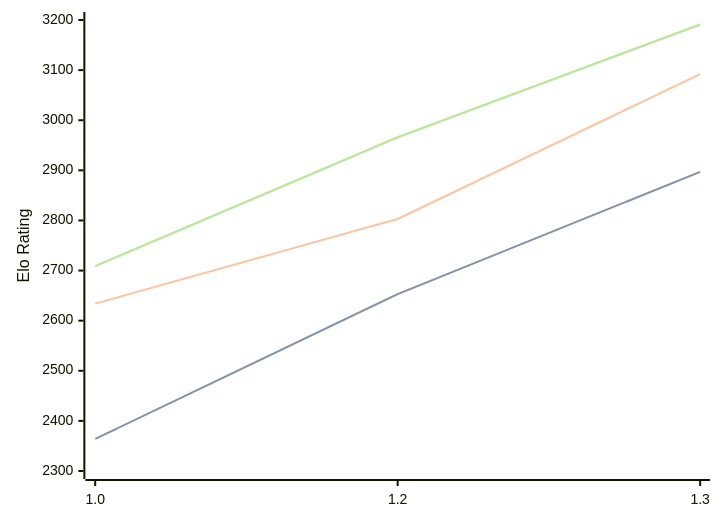
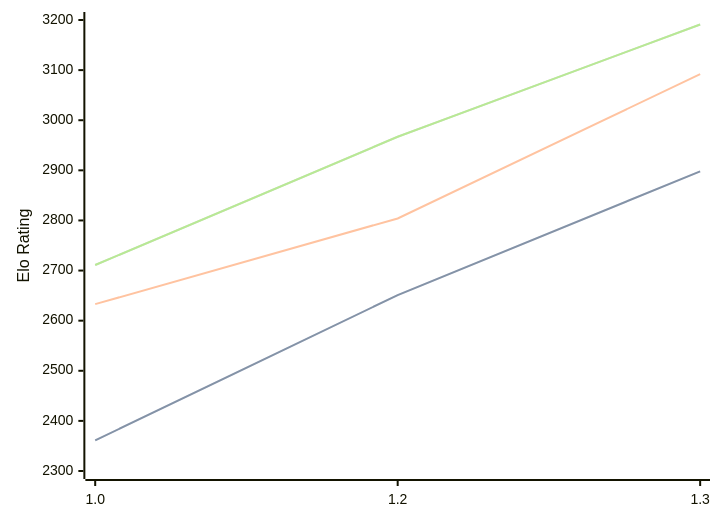
One commit to computer-chess-index/cci changed the diagram in engines/Chessnix.md. Above: the diagram before and after it, drawn with Mermaid. The commit also changed other lines of this file, not shown here.

Commit message:
Update CCI Ratings (ELO VLTC) - 2026-04-01

````diff
--- a/engines/Chessnix.md
+++ b/engines/Chessnix.md
@@ -35,11 +35,11 @@
 ```mermaid
 %%{init: {"theme":"base","themeVariables":{"seriesColors:['#a3a3a3','#222221','#faa371']}}}%%
 xychart-beta
   x-axis ["1.0", "1.2", "1.3"]
   y-axis "Elo Rating" 2300 --> 3200
-  line "STC (8.0+0.08s)" [2364, 2653, 2897]
-  line "STC (8.0+0.08s)" [2364, 2653, 2897]
-  line "LTC (60.0+0.60s)" [2634, 2803, 3092]
-  line "VLTC (2m24s+1.12s)" [2709, 2966, 3191]
-  line "VLTC (2m24s+1.12s)" [2709, 2966, 3191]
+  line "STC (8.0+0.08s)" [2361, 2651, 2898]
+  line "STC (8.0+0.08s)" [2361, 2651, 2898]
+  line "LTC (60.0+0.60s)" [2633, 2804, 3092]
+  line "VLTC (2m24s+1.12s)" [2711, 2967, 3191]
+  line "VLTC (2m24s+1.12s)" [2711, 2967, 3191]
 ```
````
